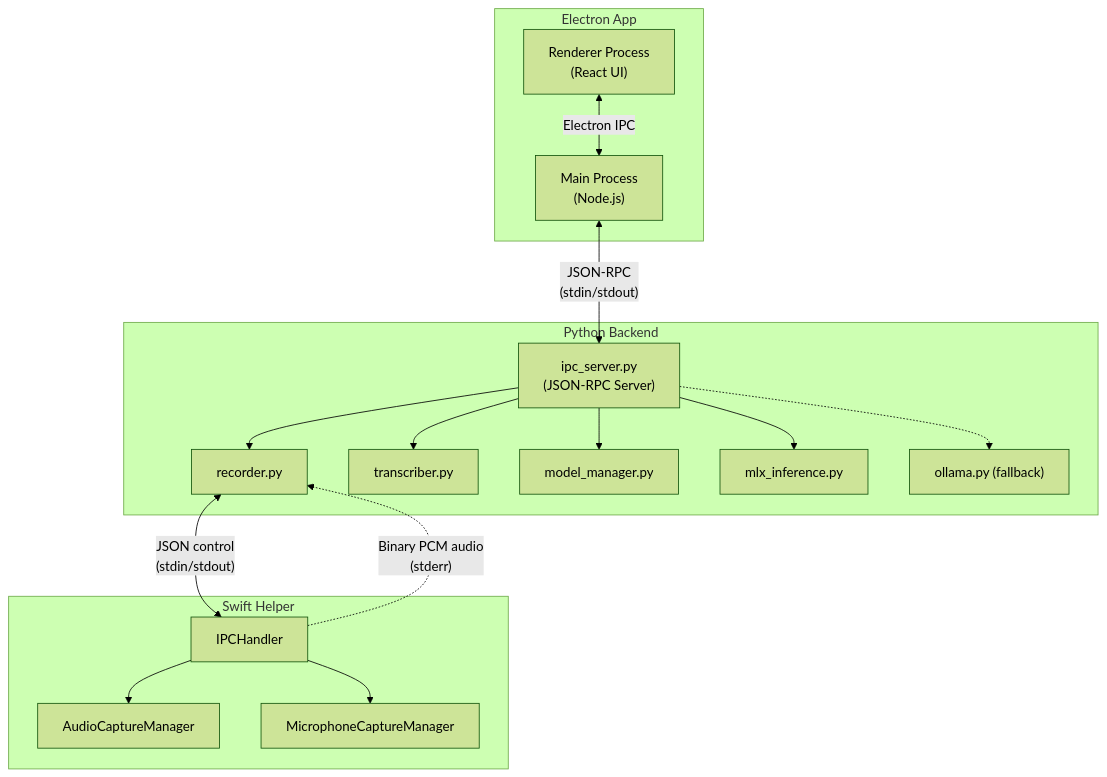
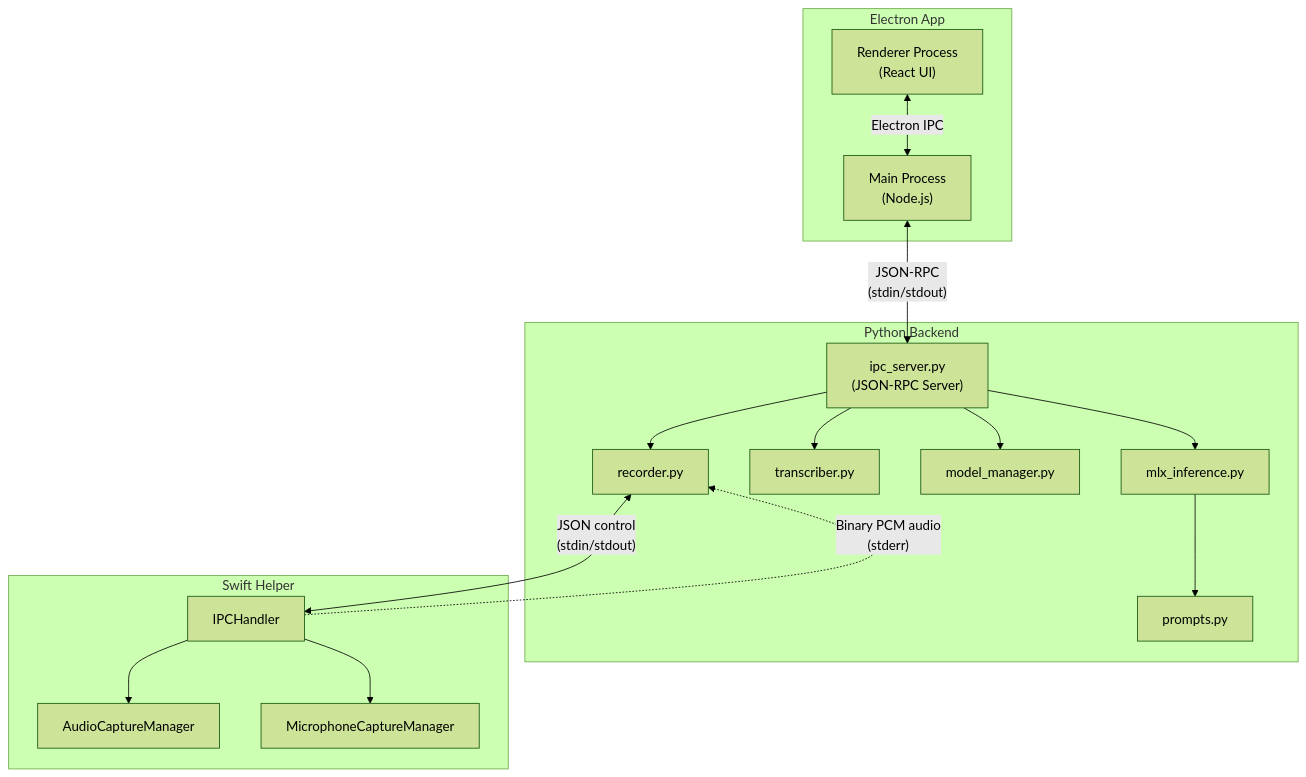
The first of 3 diagrams in CLAUDE.md (KennMackens/courier), drawn with Mermaid (forest theme) before and after one commit. The commit also changed other lines of this file and 10 other files, not shown here.

First line of the commit message:
Remove Ollama integration, commit fully to MLX

````diff
--- a/CLAUDE.md
+++ b/CLAUDE.md
@@ -90,34 +88,34 @@
 ```mermaid
 graph TB
     subgraph Electron["Electron App"]
         Renderer["Renderer Process<br/>(React UI)"]
         Main["Main Process<br/>(Node.js)"]
     end
 
     subgraph Python["Python Backend"]
         IPC["ipc_server.py<br/>(JSON-RPC Server)"]
         Recorder["recorder.py"]
         Transcriber["transcriber.py"]
         ModelMgr["model_manager.py"]
         MLX["mlx_inference.py"]
-        Ollama["ollama.py (fallback)"]
+        Prompts["prompts.py"]
     end
 
     subgraph Swift["Swift Helper"]
         AudioCapture["AudioCaptureManager"]
         MicCapture["MicrophoneCaptureManager"]
         IPCHandler["IPCHandler"]
     end
 
     Renderer <-->|"Electron IPC"| Main
     Main <-->|"JSON-RPC<br/>(stdin/stdout)"| IPC
     IPC --> Recorder
     IPC --> Transcriber
     IPC --> ModelMgr
     IPC --> MLX
-    IPC -.-> Ollama
+    MLX --> Prompts
     Recorder <-->|"JSON control<br/>(stdin/stdout)"| IPCHandler
     IPCHandler -.->|"Binary PCM audio<br/>(stderr)"| Recorder
     IPCHandler --> AudioCapture
     IPCHandler --> MicCapture
 ```
````
